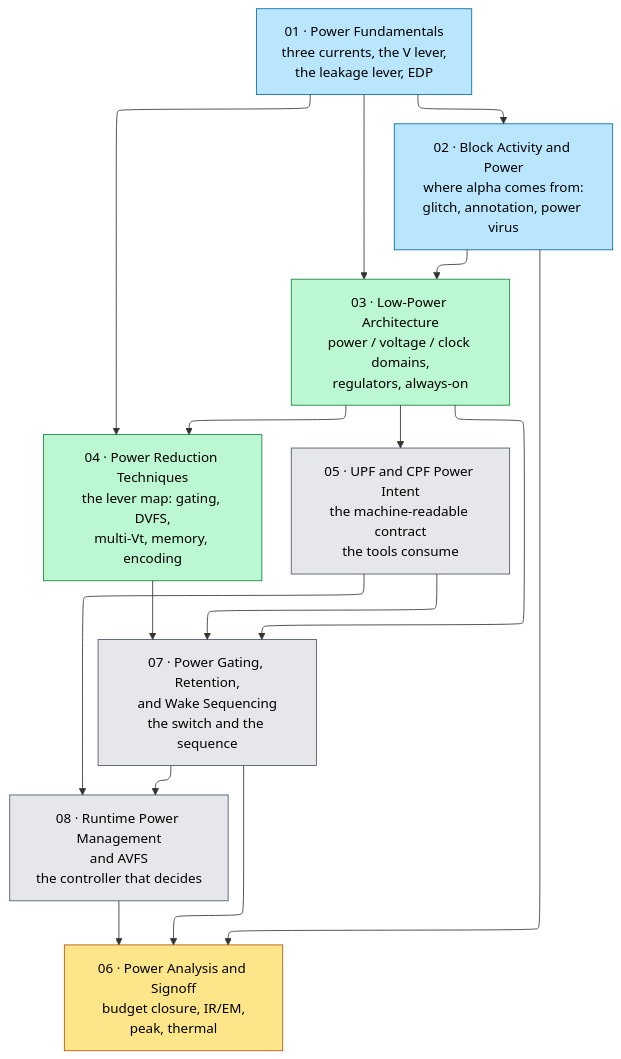
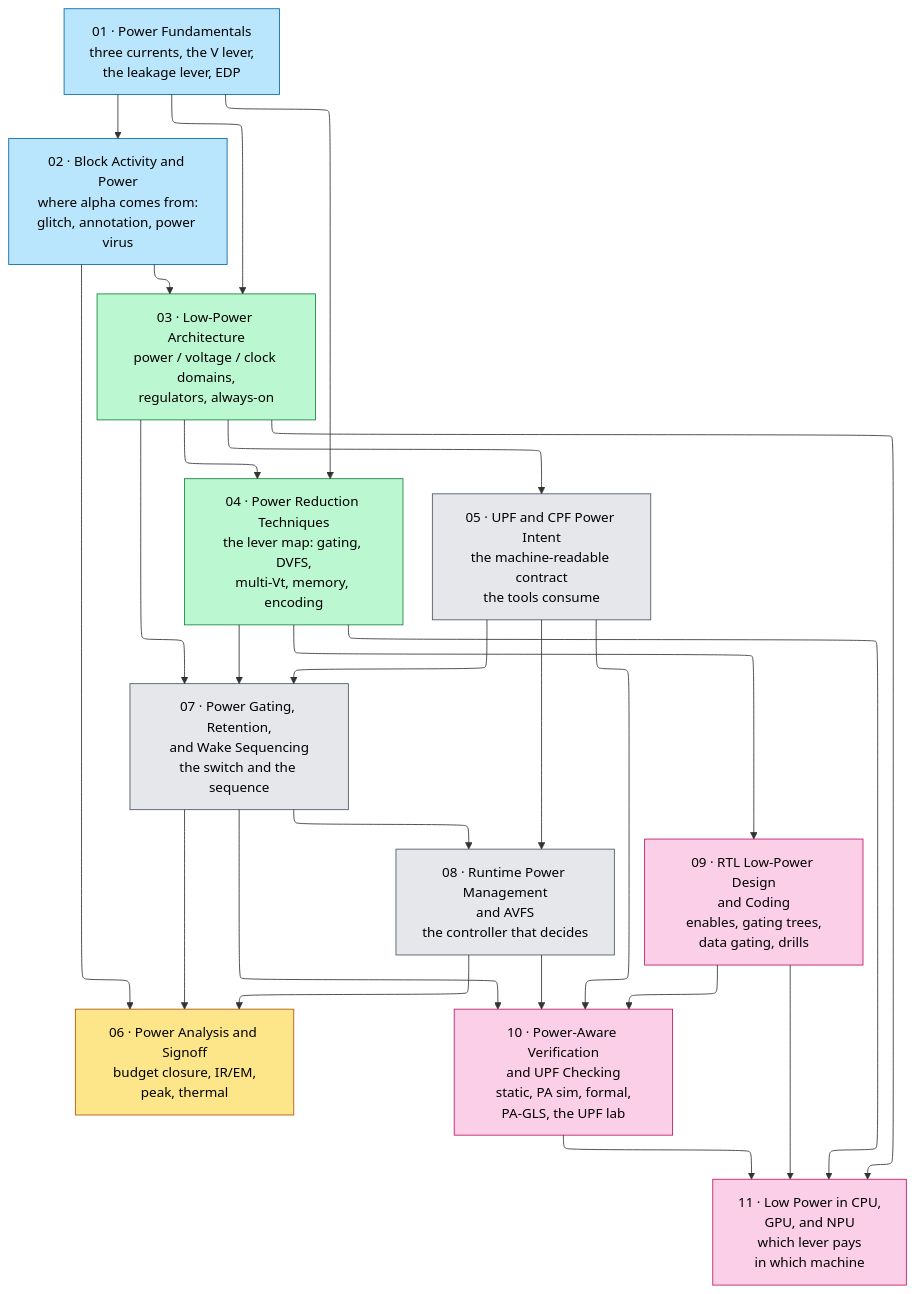
The diagram in 02_Power_and_Low_Power/00_Index.md (Wty2003328/silicon-design-notebook), drawn with Mermaid before and after one commit. The commit also changed other lines of this file and 6 other files, not shown here.

````diff
--- a/02_Power_and_Low_Power/00_Index.md
+++ b/02_Power_and_Low_Power/00_Index.md
@@ -15,30 +20,43 @@
 ```mermaid
 %%{init: {"flowchart": {"defaultRenderer": "elk", "nodeSpacing": 55, "rankSpacing": 55, "htmlLabels": false}}}%%
 flowchart TD
     P1["01 · Power Fundamentals<br/>three currents, the V lever,<br/>the leakage lever, EDP"]:::phys
     P2["02 · Block Activity and Power<br/>where alpha comes from:<br/>glitch, annotation, power virus"]:::phys
     P3["03 · Low-Power Architecture<br/>power / voltage / clock domains,<br/>regulators, always-on"]:::arch
     P4["04 · Power Reduction Techniques<br/>the lever map: gating, DVFS,<br/>multi-Vt, memory, encoding"]:::arch
     P5["05 · UPF and CPF Power Intent<br/>the machine-readable contract<br/>the tools consume"]:::mech
     P7["07 · Power Gating, Retention,<br/>and Wake Sequencing<br/>the switch and the sequence"]:::mech
     P8["08 · Runtime Power Management<br/>and AVFS<br/>the controller that decides"]:::mech
     P6["06 · Power Analysis and Signoff<br/>budget closure, IR/EM,<br/>peak, thermal"]:::sign
+    P9["09 · RTL Low-Power Design<br/>and Coding<br/>enables, gating trees,<br/>data gating, drills"]:::impl
+    P10["10 · Power-Aware Verification<br/>and UPF Checking<br/>static, PA sim, formal,<br/>PA-GLS, the UPF lab"]:::impl
+    P11["11 · Low Power in CPU,<br/>GPU, and NPU<br/>which lever pays<br/>in which machine"]:::impl
     P1 --> P2
     P1 --> P3
     P1 --> P4
     P2 --> P3
     P3 --> P4
     P3 --> P5
     P3 --> P7
     P4 --> P7
     P5 --> P7
     P5 --> P8
     P7 --> P8
     P2 --> P6
     P7 --> P6
     P8 --> P6
+    P4 --> P9
+    P3 --> P11
+    P4 --> P11
+    P9 --> P10
+    P5 --> P10
+    P7 --> P10
+    P8 --> P10
+    P9 --> P11
+    P10 --> P11
+    classDef impl fill:#fbcfe8,stroke:#be185d,color:#000
     classDef phys fill:#bae6fd,stroke:#0369a1,color:#000
     classDef arch fill:#bbf7d0,stroke:#15803d,color:#000
     classDef mech fill:#e5e7eb,stroke:#4b5563,color:#000
     classDef sign fill:#fde68a,stroke:#b45309,color:#000
 ```
````
